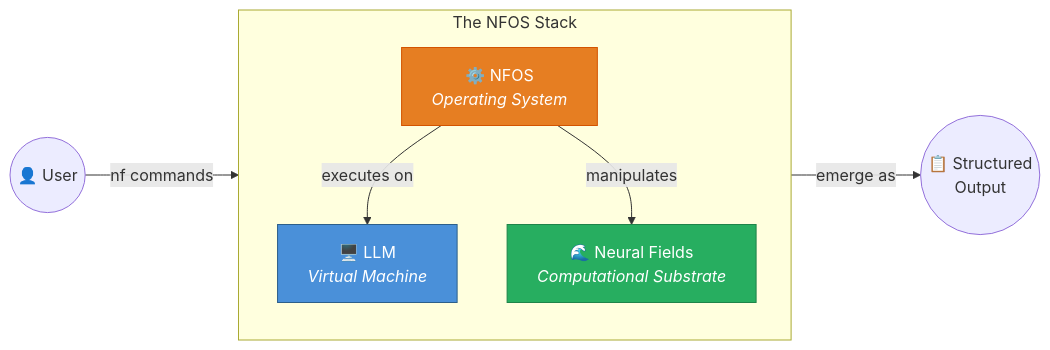
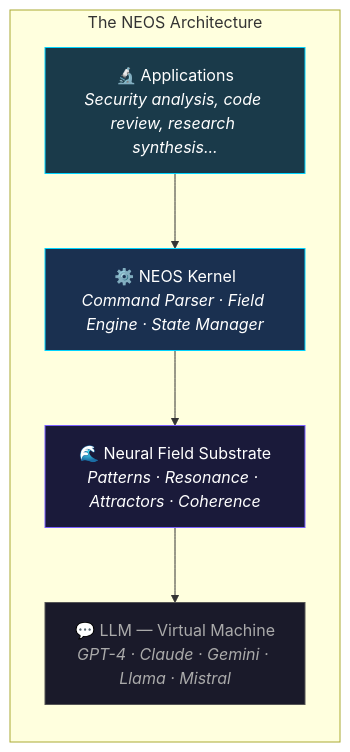
Before and after one commit to Samuele95/neos: the third of 8 diagrams in README.md, drawn with Mermaid. The commit also changed other lines of this file and 6 other files, not shown here.

````diff
--- a/README.md
+++ b/README.md
@@ -22,18 +123,19 @@
 ```mermaid
-graph LR
-    subgraph Stack["The NFOS Stack"]
+graph TB
+    subgraph Stack["The NEOS Architecture"]
         direction TB
-        LLM["🖥️ LLM<br/><i>Virtual Machine</i>"]
-        NFOS["⚙️ NFOS<br/><i>Operating System</i>"]
-        NF["🌊 Neural Fields<br/><i>Computational Substrate</i>"]
+        Apps["🔬 Applications<br/><i>Security analysis, code review, research synthesis...</i>"]
+        Kernel["⚙️ NEOS Kernel<br/><i>Command Parser · Field Engine · State Manager</i>"]
+        Substrate["🌊 Neural Field Substrate<br/><i>Patterns · Resonance · Attractors · Coherence</i>"]
+        VM["💬 LLM — Virtual Machine<br/><i>GPT-4 · Claude · Gemini · Llama · Mistral</i>"]
     end
 
-    User(("👤 User")) -->|"nf commands"| NFOS
-    NFOS -->|"executes on"| LLM
-    NFOS -->|"manipulates"| NF
-    NF -->|"emerge as"| Output(("📋 Structured<br/>Output"))
+    Apps --> Kernel
+    Kernel --> Substrate
+    Substrate --> VM
 
-    style LLM fill:#4a90d9,stroke:#2c5f8a,color:#fff
-    style NFOS fill:#e67e22,stroke:#d35400,color:#fff
-    style NF fill:#27ae60,stroke:#1e8449,color:#fff
+    style Apps fill:#1a3a4a,stroke:#00d4ff,color:#fff
+    style Kernel fill:#1a3050,stroke:#00d4ff,color:#fff
+    style Substrate fill:#1a1a3a,stroke:#7b61ff,color:#fff
+    style VM fill:#1a1a2a,stroke:#555,color:#aaa
 ```
````
